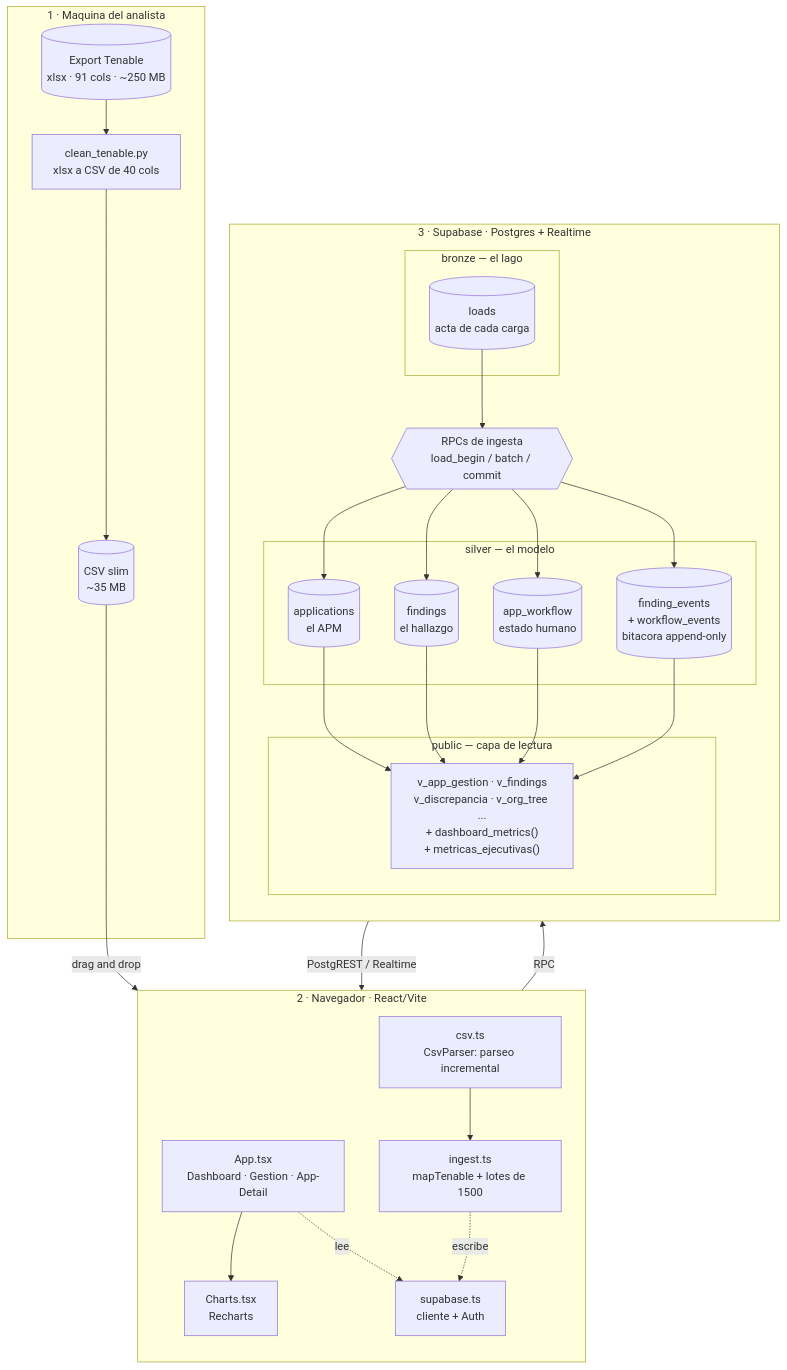
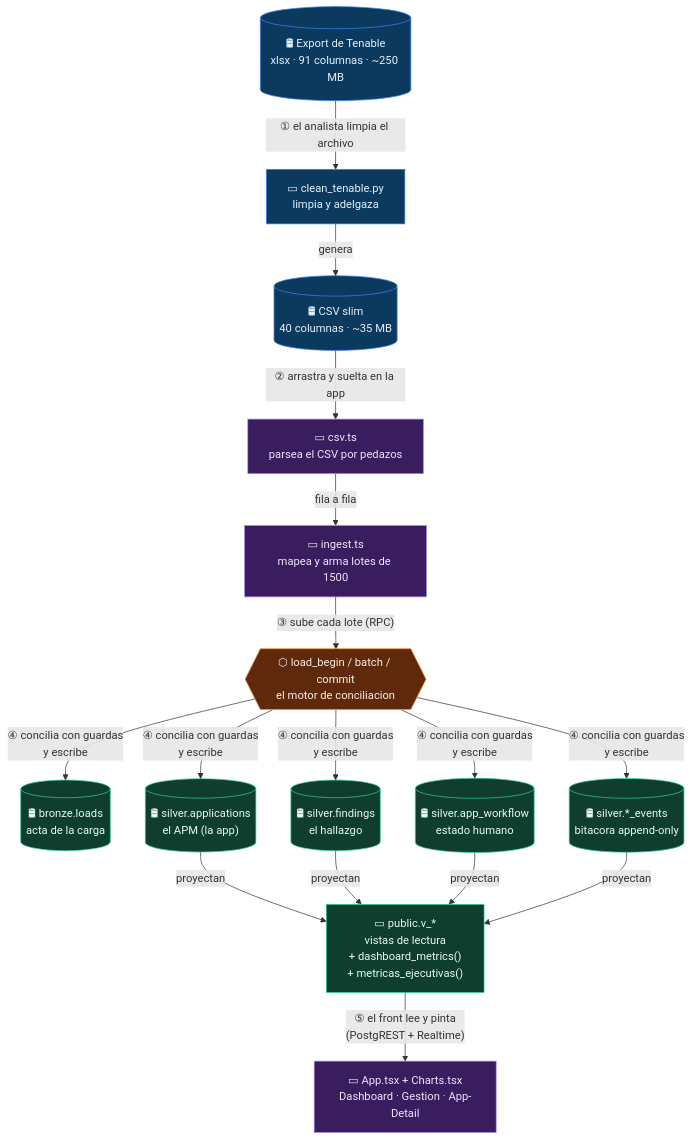
One commit to Yarov/sbPanel changed the first of 2 diagrams in README.md. Above: the diagram before and after it, drawn with Mermaid. The commit also changed other lines of this file, not shown here.

Commit message:
docs: diagrama de arquitectura legible — color por zona, flujo numerado, flechas etiquetadas
Cada caja marca su tipo (código/dato/RPC) y su zona por color; los pasos ①–⑤
numeran el flujo y cada flecha dice qué pasa. + los 5 pasos explicados abajo.

Claude-Session: https://claude.ai/code/session_019NJ1J8GAwG1RSLidzTToTD

````diff
--- a/README.md
+++ b/README.md
@@ -65,45 +71,36 @@
 ```mermaid
 flowchart TB
-  subgraph local["1 · Maquina del analista"]
-    xlsx[("Export Tenable<br/>xlsx · 91 cols · ~250 MB")]
-    clean["clean_tenable.py<br/>xlsx a CSV de 40 cols"]
-    slim[("CSV slim<br/>~35 MB")]
-    xlsx --> clean --> slim
-  end
+  xlsx[("🛢 Export de Tenable<br/>xlsx · 91 columnas · ~250 MB")]
+  clean["▭ clean_tenable.py<br/>limpia y adelgaza"]
+  slim[("🛢 CSV slim<br/>40 columnas · ~35 MB")]
+  xlsx -->|"① el analista limpia el archivo"| clean -->|genera| slim
 
-  subgraph browser["2 · Navegador · React/Vite"]
-    direction TB
-    csv["csv.ts<br/>CsvParser: parseo incremental"]
-    ing["ingest.ts<br/>mapTenable + lotes de 1500"]
-    ui["App.tsx<br/>Dashboard · Gestion · App-Detail"]
-    charts["Charts.tsx<br/>Recharts"]
-    sb["supabase.ts<br/>cliente + Auth"]
-    csv --> ing
-    ui --> charts
-    ui -.lee.-> sb
-    ing -.escribe.-> sb
-  end
-  slim -->|drag and drop| csv
+  csv["▭ csv.ts<br/>parsea el CSV por pedazos"]
+  ing["▭ ingest.ts<br/>mapea y arma lotes de 1500"]
+  slim -->|"② arrastra y suelta en la app"| csv -->|fila a fila| ing
 
-  subgraph pg["3 · Supabase · Postgres + Realtime"]
-    direction TB
-    subgraph b["bronze — el lago"]
-      loads[("loads<br/>acta de cada carga")]
-    end
-    subgraph s["silver — el modelo"]
-      apps[("applications<br/>el APM")]
-      finds[("findings<br/>el hallazgo")]
-      wf[("app_workflow<br/>estado humano")]
-      evs[("finding_events<br/>+ workflow_events<br/>bitacora append-only")]
-    end
-    subgraph p["public — capa de lectura"]
-      views["v_app_gestion · v_findings<br/>v_discrepancia · v_org_tree ...<br/>+ dashboard_metrics()<br/>+ metricas_ejecutivas()"]
-    end
-    rpc{{"RPCs de ingesta<br/>load_begin / batch / commit"}}
-    loads --> rpc --> apps & finds & wf & evs
-    apps & finds & wf & evs --> views
-  end
+  rpc{{"⬡ load_begin / batch / commit<br/>el motor de conciliacion"}}
+  ing -->|"③ sube cada lote (RPC)"| rpc
 
-  sb -->|RPC| rpc
-  views -->|PostgREST / Realtime| sb
+  loads[("🛢 bronze.loads<br/>acta de la carga")]
+  apps[("🛢 silver.applications<br/>el APM (la app)")]
+  finds[("🛢 silver.findings<br/>el hallazgo")]
+  wf[("🛢 silver.app_workflow<br/>estado humano")]
+  evs[("🛢 silver.*_events<br/>bitacora append-only")]
+  rpc -->|"④ concilia con guardas<br/>y escribe"| loads & apps & finds & wf & evs
+
+  views["▭ public.v_*<br/>vistas de lectura<br/>+ dashboard_metrics()<br/>+ metricas_ejecutivas()"]
+  apps & finds & wf & evs -->|proyectan| views
+
+  ui["▭ App.tsx + Charts.tsx<br/>Dashboard · Gestion · App-Detail"]
+  views -->|"⑤ el front lee y pinta<br/>(PostgREST + Realtime)"| ui
+
+  classDef local fill:#0b3a5e,stroke:#3b82f6,color:#e6f0fb
+  classDef browser fill:#3a1d5e,stroke:#a78bfa,color:#f0e6fb
+  classDef db fill:#0f3d2e,stroke:#34d399,color:#e6fbf1
+  classDef motor fill:#5e2a0b,stroke:#fb923c,color:#fbeee6
+  class xlsx,clean,slim local
+  class csv,ing,ui browser
+  class loads,apps,finds,wf,evs,views db
+  class rpc motor
 ```
````
